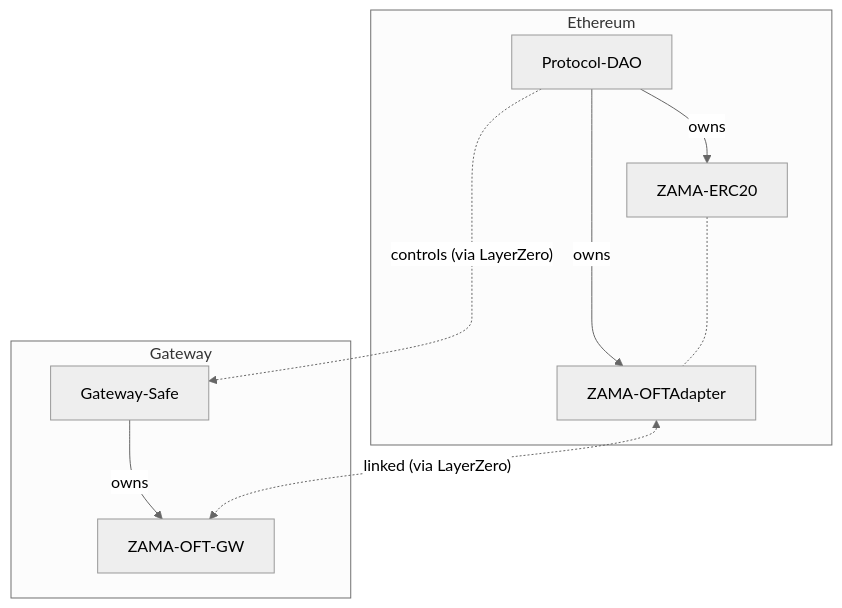
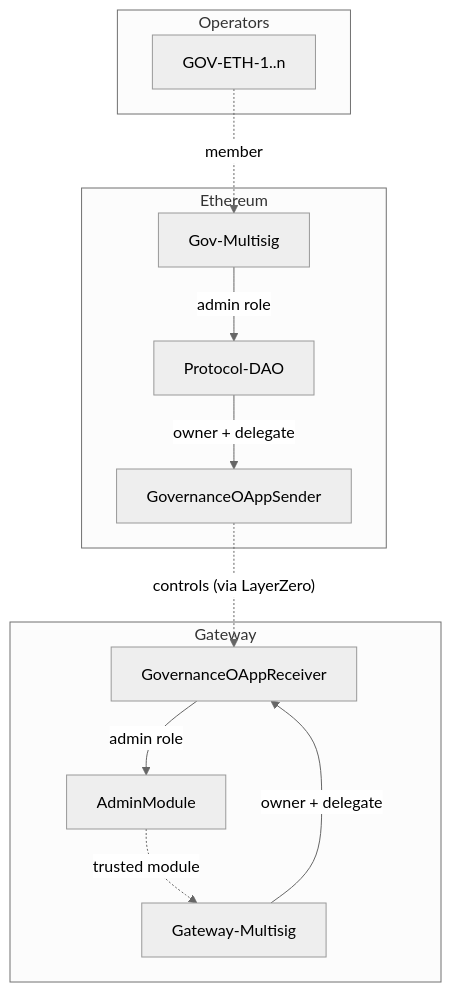
The first of 2 diagrams in docs/governance.md (zama-ai/protocol-apps), drawn with Mermaid (neutral theme) before and after one commit. The commit also changed other lines of this file and 17 other files, not shown here.

Commit message:
docs: improve documentation with (chains, bridges, new diagrams)

````diff
--- a/docs/governance.md
+++ b/docs/governance.md
@@ -21,26 +22,31 @@
 ```mermaid
 
 
 flowchart
-    subgraph Ethereum
-        Protocol-DAO
-        ZAMA-ERC20
-        ZAMA-OFTAdapter
-
-        Protocol-DAO -- owns --> ZAMA-ERC20
-        Protocol-DAO -- owns --> ZAMA-OFTAdapter
-
-        ZAMA-ERC20 -..- ZAMA-OFTAdapter
+    subgraph Operators
+        GOV-ETH-1..n
     end
 
-    subgraph Gateway
-        Gateway-Safe
-        ZAMA-OFT-GW
+    subgraph Ethereum
+        Gov-Multisig
+        Protocol-DAO
+        GovernanceOAppSender
 
-        Gateway-Safe -- owns --> ZAMA-OFT-GW
+        Gov-Multisig -- admin role --> Protocol-DAO
+        Protocol-DAO -- owner + delegate --> GovernanceOAppSender
     end
 
-    Protocol-DAO -. controls (via LayerZero) .-> Gateway-Safe
+    GOV-ETH-1..n -. member .-> Gov-Multisig
 
-    ZAMA-OFTAdapter <-. linked (via LayerZero) .-> ZAMA-OFT-GW
+    subgraph Gateway
+        GovernanceOAppReceiver
+        AdminModule
+        Gateway-Multisig
+
+        GovernanceOAppReceiver -- admin role --> AdminModule
+        AdminModule -. trusted module .-> Gateway-Multisig
+        Gateway-Multisig -- owner + delegate --> GovernanceOAppReceiver
+    end
+
+    GovernanceOAppSender -. controls (via LayerZero) .-> GovernanceOAppReceiver
 ```
````
